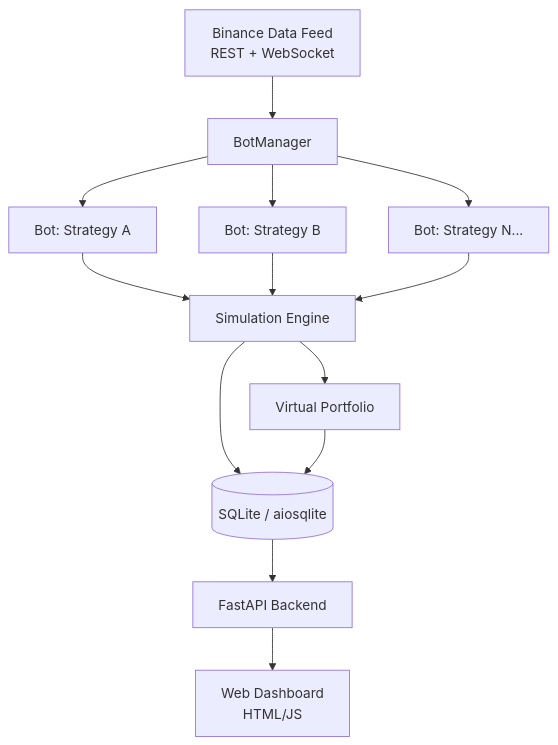
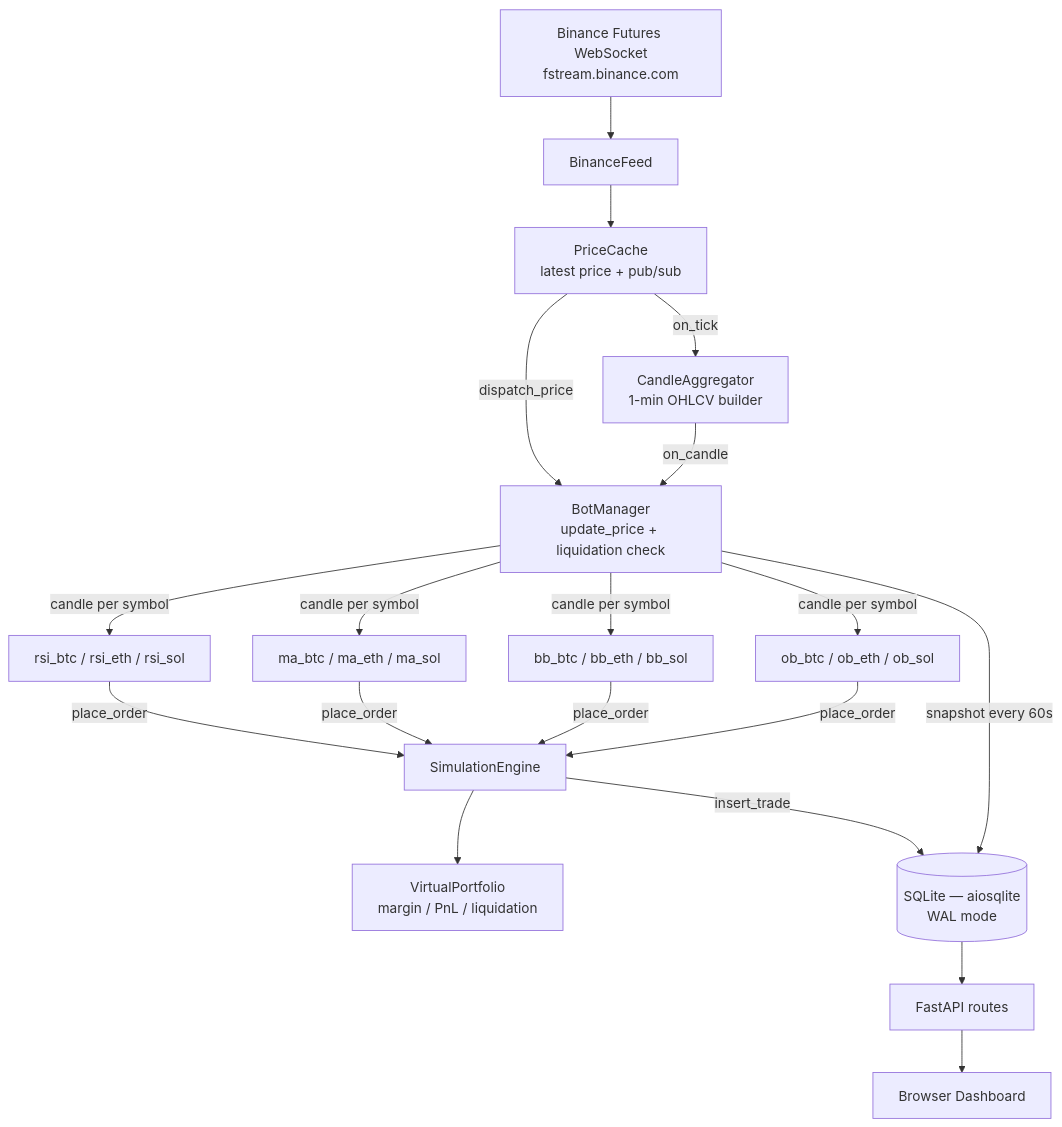
Before and after one commit to Eldarushkaa/trade_platform: the diagram in plans/architecture.md, drawn with Mermaid. The commit also changed other lines of this file and 16 other files, not shown here.

````diff
--- a/plans/architecture.md
+++ b/plans/architecture.md
@@ -16,15 +80,18 @@
 ```mermaid
 graph TD
-    BinanceFeed[Binance Data Feed\nREST + WebSocket] --> BotManager
-    BotManager --> Bot1[Bot: Strategy A]
-    BotManager --> Bot2[Bot: Strategy B]
-    BotManager --> BotN[Bot: Strategy N...]
-    Bot1 --> SimEngine[Simulation Engine]
-    Bot2 --> SimEngine
-    BotN --> SimEngine
-    SimEngine --> VirtualPortfolio[Virtual Portfolio]
-    SimEngine --> DB[(SQLite / aiosqlite)]
-    VirtualPortfolio --> DB
-    DB --> FastAPI[FastAPI Backend]
-    FastAPI --> Dashboard[Web Dashboard\nHTML/JS]
+    WS[Binance Futures WebSocket\nfstream.binance.com] --> Feed[BinanceFeed]
+    Feed --> PC[PriceCache\nlatest price + pub/sub]
+    PC -->|on_tick| CA[CandleAggregator\n1-min OHLCV builder]
+    PC -->|dispatch_price| BM[BotManager\nupdate_price + liquidation check]
+    CA -->|on_candle| BM
+    BM -->|candle per symbol| Bot1[rsi_btc / rsi_eth / rsi_sol]
+    BM -->|candle per symbol| Bot2[ma_btc / ma_eth / ma_sol]
+    BM -->|candle per symbol| Bot3[bb_btc / bb_eth / bb_sol]
+    BM -->|candle per symbol| Bot4[ob_btc / ob_eth / ob_sol]
+    Bot1 & Bot2 & Bot3 & Bot4 -->|place_order| SE[SimulationEngine]
+    SE --> VP[VirtualPortfolio\nmargin / PnL / liquidation]
+    SE -->|insert_trade| DB[(SQLite — aiosqlite\nWAL mode)]
+    BM -->|snapshot every 60s| DB
+    DB --> API[FastAPI routes]
+    API --> Dashboard[Browser Dashboard]
 ```
````
